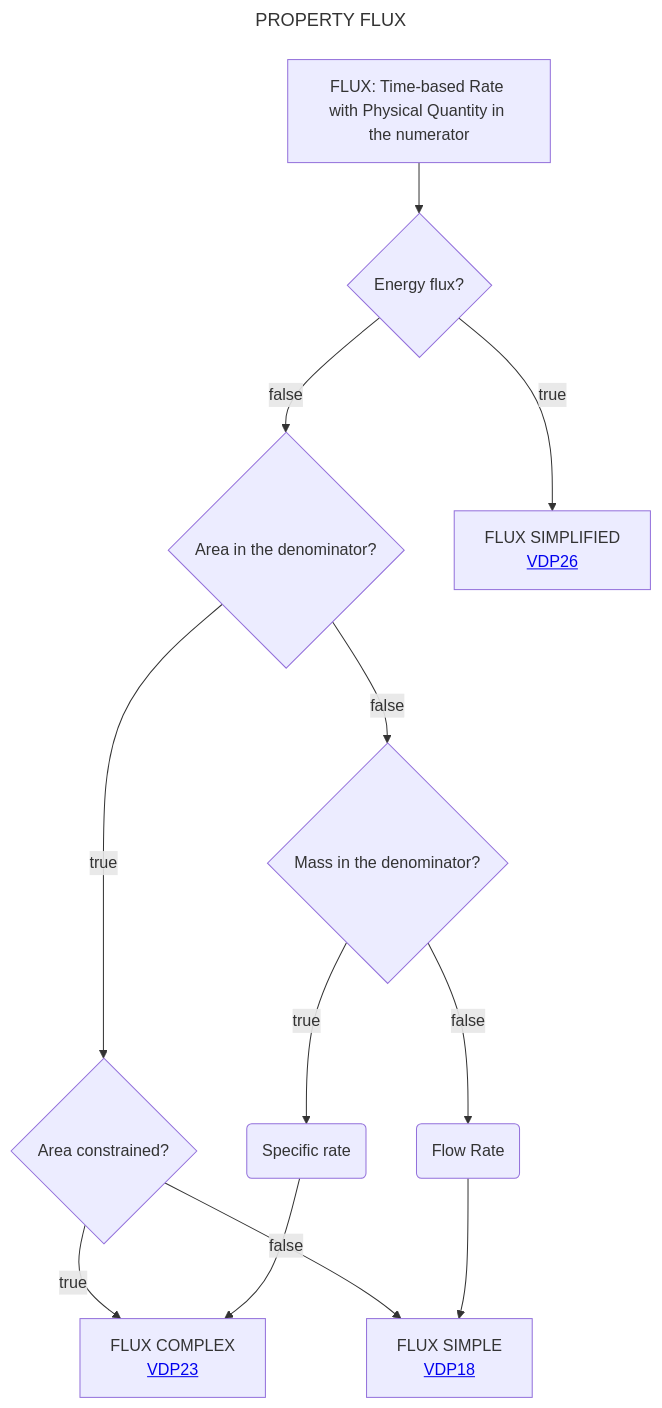
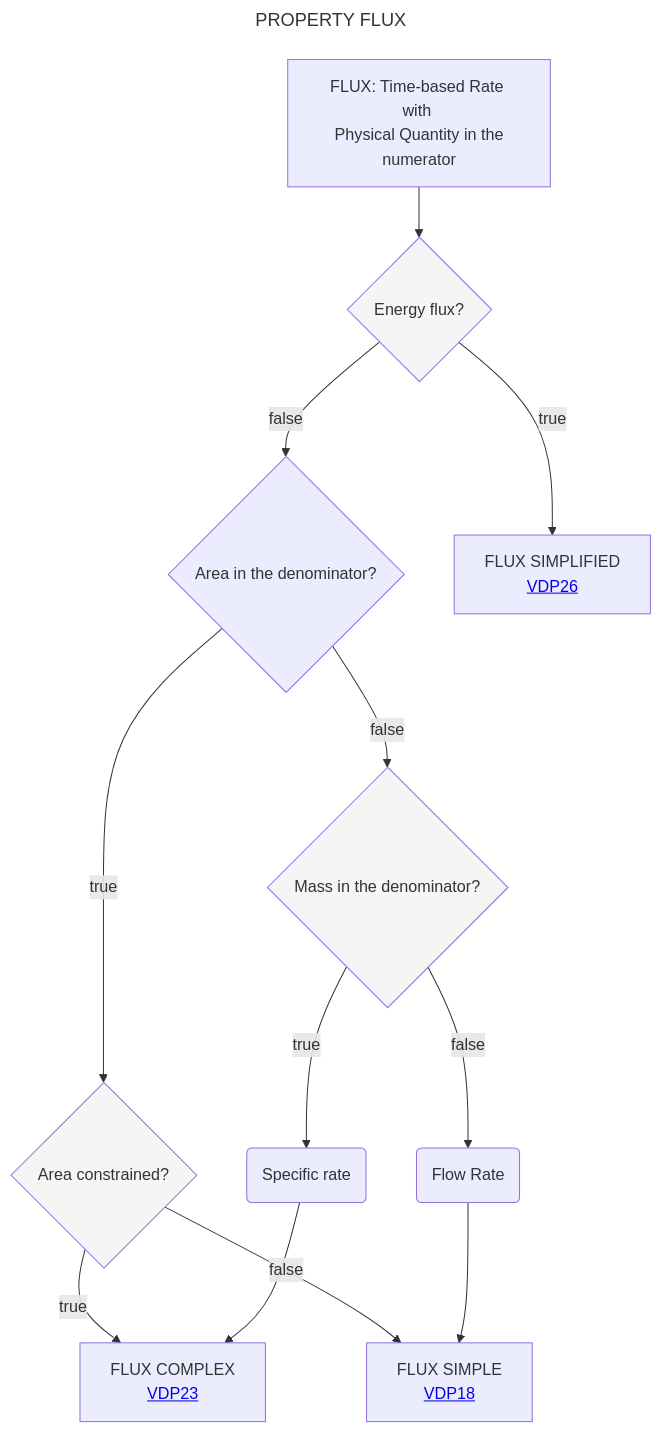
The diagram in Decisition_trees/DT3.mmd (mabablue/I-ADOPT-patterns-playground), drawn with Mermaid before and after one commit.

```diff
--- a/Decisition_trees/DT3.mmd
+++ b/Decisition_trees/DT3.mmd
@@ -1,15 +1,19 @@
 ---
 title: PROPERTY FLUX
 ---
 flowchart TD
-    A[FLUX: Time-based Rate with Physical Quantity in the numerator] --> B{Energy flux?}
+    A[FLUX: Time-based Rate with <br> Physical Quantity in the numerator] --> B{Energy flux?}:::white
     B --> |false|E{Area in the denominator?}
     B --> |true|C[FLUX SIMPLIFIED <br> <a href='https://github.com/mabablue/I-ADOPT-patterns-playground/blob/main/pattern/VDP26.yaml'>VDP26</a>]
-    E --> |true|F{Area constrained?}
-    E --> |false|K{Mass in the denominator?} 
+    E --> |true|F{Area constrained?}:::white
+    E --> |false|K{Mass in the denominator?}:::white
     F --> |true|G[FLUX COMPLEX <br> <a href='https://github.com/mabablue/I-ADOPT-patterns-playground/blob/main/pattern/VDP23.yaml'>VDP23</a>]
     F --> |false|H[FLUX SIMPLE <br> <a href='https://github.com/mabablue/I-ADOPT-patterns-playground/blob/main/pattern/VDP18.yaml'>VDP18</a>]
     K --> |true|L(Specific rate)
     L --> G
     K --> |false|M(Flow Rate)
     M --> H
+   classDef blue fill:#90D5FF
+   classDef satblue fill:#57B9FF 
+   classDef white fill:#f3f6f4
+   classDef green fill:#6aa84f
```
